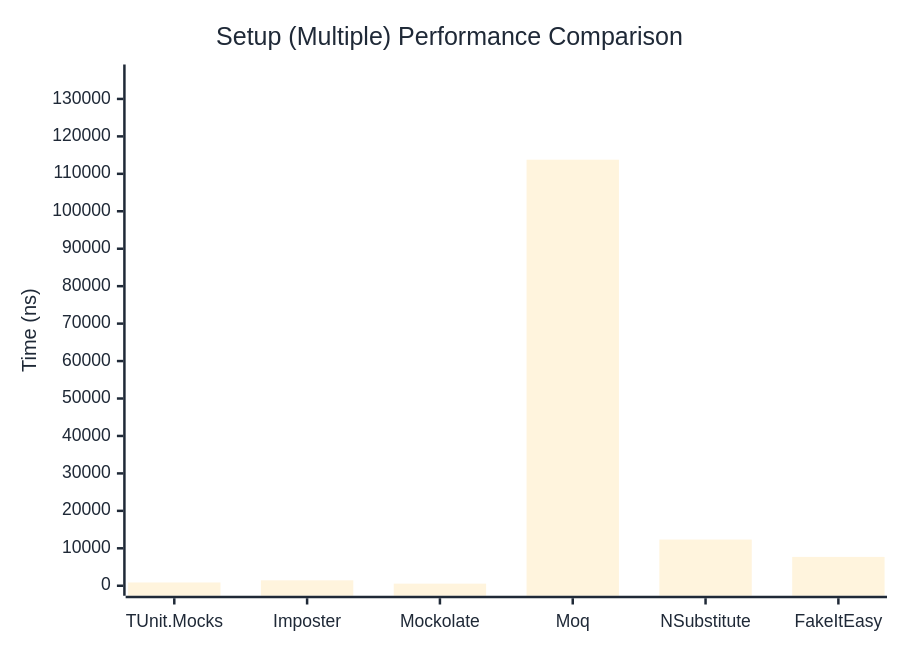
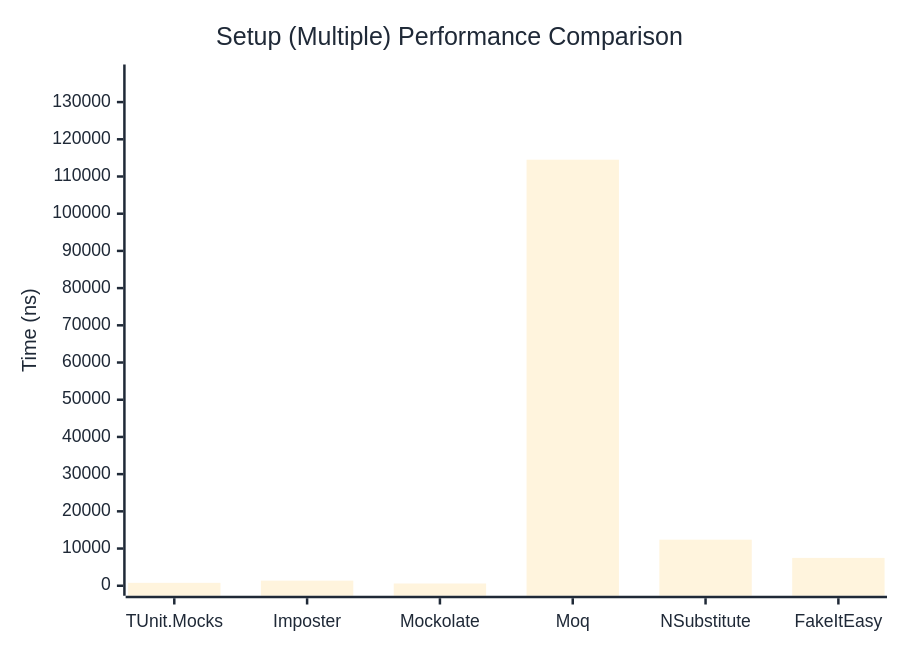
The second of 2 diagrams in docs/docs/benchmarks/mocks/Setup.md (thomhurst/TUnit), drawn with Mermaid before and after one commit. The commit also changed other lines of this file and 14 other files, not shown here.

````diff
--- a/docs/docs/benchmarks/mocks/Setup.md
+++ b/docs/docs/benchmarks/mocks/Setup.md
@@ -71,27 +71,27 @@
 ```mermaid
 %%{init: {
   'theme':'base',
   'themeVariables': {
     'primaryColor': '#2563eb',
     'primaryTextColor': '#1f2937',
     'primaryBorderColor': '#1e40af',
     'lineColor': '#6b7280',
     'secondaryColor': '#7c3aed',
     'tertiaryColor': '#dc2626',
     'background': '#ffffff',
     'pie1': '#2563eb',
     'pie2': '#7c3aed',
     'pie3': '#dc2626',
     'pie4': '#f59e0b',
     'pie5': '#10b981',
     'pie6': '#06b6d4',
     'pie7': '#ec4899',
     'pie8': '#6366f1'
   }
 }}%%
 xychart-beta
   title "Setup (Multiple) Performance Comparison"
   x-axis ["TUnit.Mocks", "Imposter", "Mockolate", "Moq", "NSubstitute", "FakeItEasy"]
-  y-axis "Time (ns)" 0 --> 136524
-  bar [875.3, 1450.2, 561.1, 113770, 12331.8, 7699.7]
+  y-axis "Time (ns)" 0 --> 137415
+  bar [782.8, 1369.2, 604.8, 114511.8, 12382.4, 7480.3]
 ```
````
